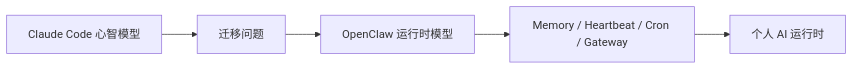
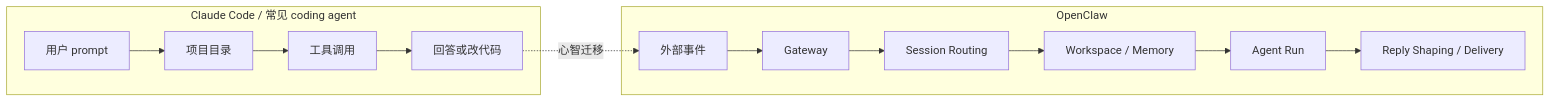
One commit to T0UGH/openclaw-source-reading changed the diagram in docs/guidebook/volume-1-concept-boundary/00-concept-migration.md. Above: the diagram before and after it, drawn with Mermaid. The commit also changed other lines of this file and 3 other files, not shown here.

Commit message:
Draft OpenClaw guidebook opening chapters

````diff
--- a/docs/guidebook/volume-1-concept-boundary/00-concept-migration.md
+++ b/docs/guidebook/volume-1-concept-boundary/00-concept-migration.md
@@ -24,7 +33,22 @@
 ```mermaid
 flowchart LR
-  CC[Claude Code 心智模型] --> Q[迁移问题]
-  Q --> OC[OpenClaw 运行时模型]
-  OC --> M[Memory / Heartbeat / Cron / Gateway]
-  M --> R[个人 AI 运行时]
+  subgraph cc["Claude Code / 常见 coding agent"]
+    P[用户 prompt]
+    R[项目目录]
+    T[工具调用]
+    A[回答或改代码]
+    P --> R --> T --> A
+  end
+
+  subgraph oc["OpenClaw"]
+    E[外部事件]
+    G[Gateway]
+    S[Session Routing]
+    W[Workspace / Memory]
+    Run[Agent Run]
+    D[Reply Shaping / Delivery]
+    E --> G --> S --> W --> Run --> D
+  end
+
+  A -.心智迁移.-> E
 ```
````
